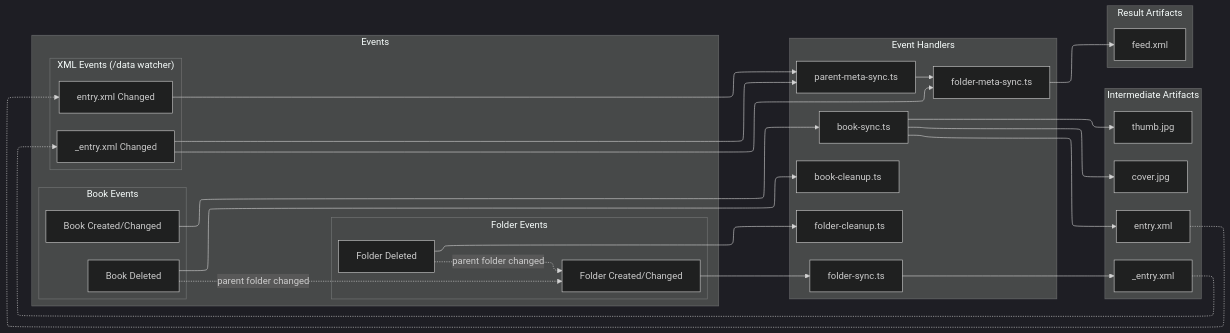
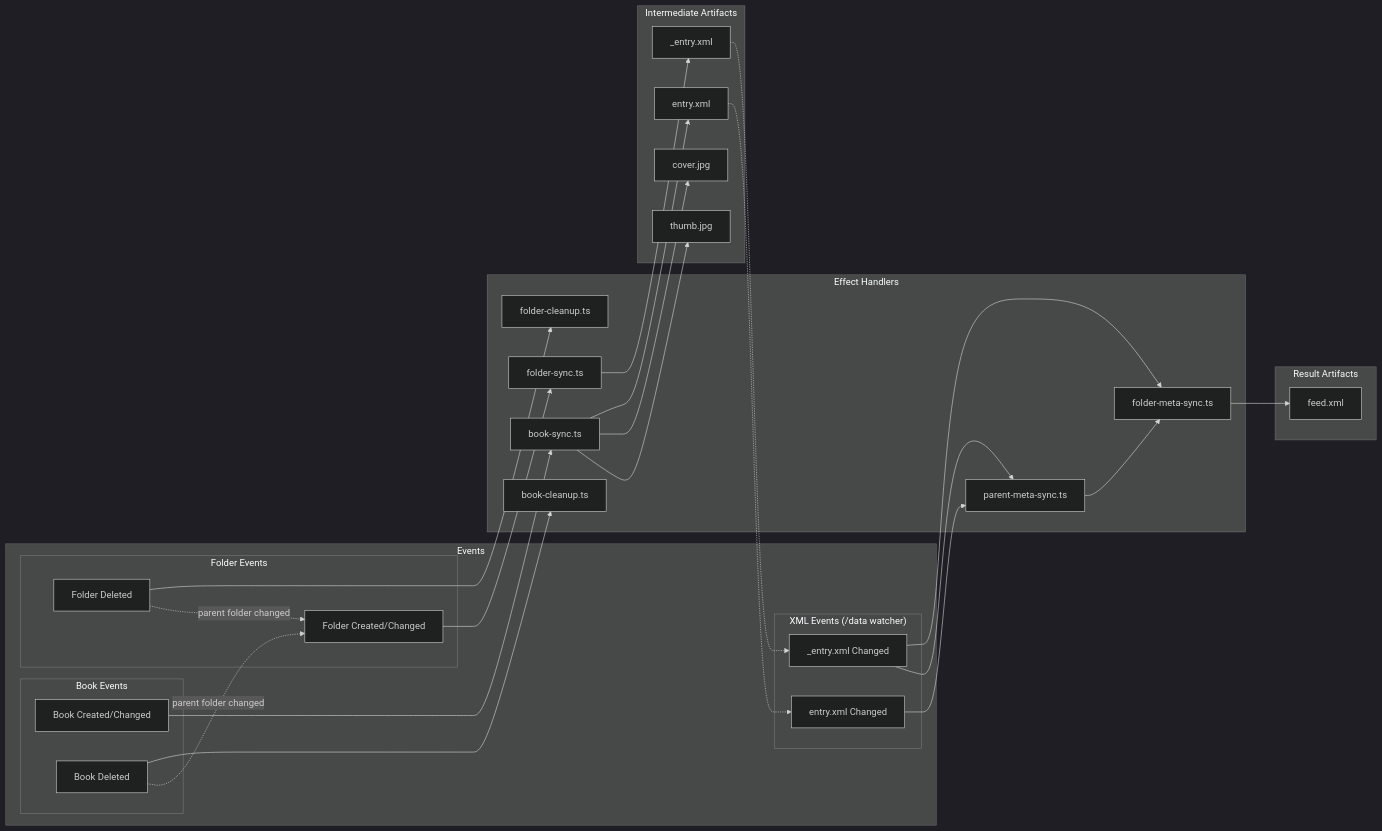
Before and after one commit to Seigiard/opds-generator: the second of 3 diagrams in ARCHITECTURE.md, drawn with Mermaid (dark theme). The commit also changed other lines of this file, not shown here.

First line of the commit message:
Update ARCHITECTURE.md for EffectTS migration

````diff
--- a/ARCHITECTURE.md
+++ b/ARCHITECTURE.md
@@ -46,66 +85,62 @@
 ```mermaid
----
-config:
-  layout: elk
----
 flowchart LR
     subgraph Events
       subgraph BookEvents["Book Events"]
           BA[Book Created/Changed]
           BD[Book Deleted]
       end
 
       subgraph FolderEvents["Folder Events"]
           FA[Folder Created/Changed]
           FD[Folder Deleted]
       end
 
       subgraph XMLEvents["XML Events (/data watcher)"]
           BX[entry.xml Changed]
           FX[_entry.xml Changed]
       end
     end
 
-    subgraph Handlers["Event Handlers"]
+    subgraph Handlers["Effect Handlers"]
         BS[book-sync.ts]
         BC[book-cleanup.ts]
         FS[folder-sync.ts]
         FC[folder-cleanup.ts]
         FMS[folder-meta-sync.ts]
         PMS[parent-meta-sync.ts]
     end
 
     subgraph Artifacts["Intermediate Artifacts"]
         E[entry.xml]
         UE[_entry.xml]
         C[cover.jpg]
         T[thumb.jpg]
     end
 
     subgraph Result["Result Artifacts"]
         F[feed.xml]
     end
 
     BA --> BS
     BD --> BC
     FA --> FS
     FD --> FC
 
     BS --> E
     BS --> C
     BS --> T
     FS --> UE
 
     BD -.->|parent folder changed| FA
     FD -.->|parent folder changed| FA
 
     E -.-> BX
     UE -.-> FX
 
     BX --> PMS
     FX --> FMS
     FX --> PMS
 
     FMS --> F
     PMS --> FMS
 ```
````
